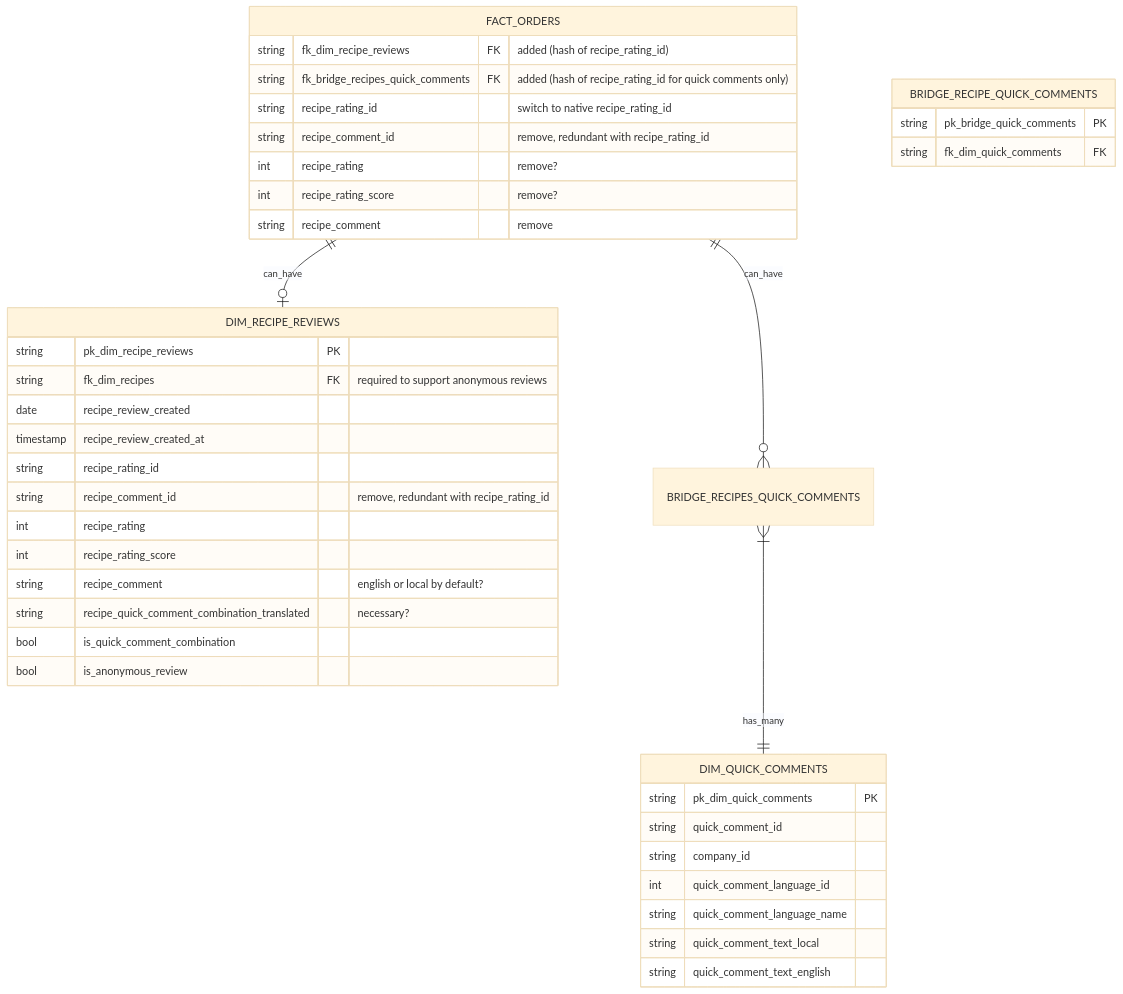
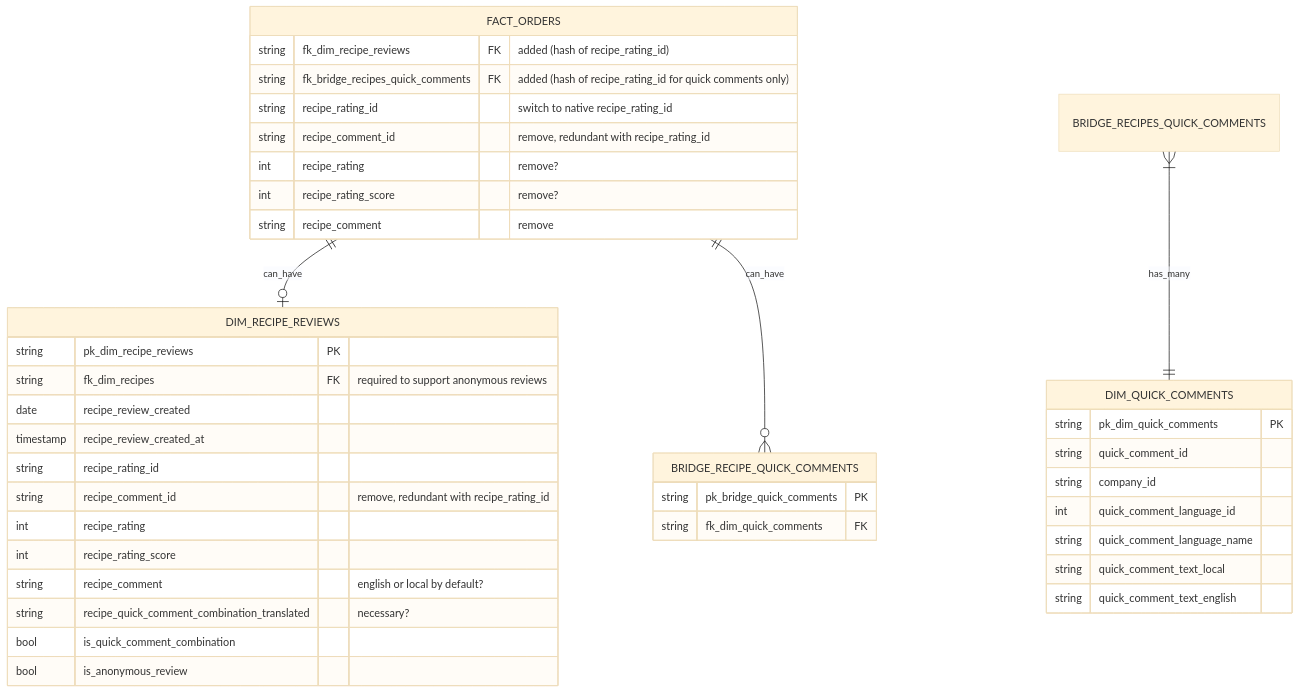
Before and after one commit to comegrant/misc_doc: the diagram in add_reviews_to_pbi.md, drawn with Mermaid (base theme).

````diff
--- a/add_reviews_to_pbi.md
+++ b/add_reviews_to_pbi.md
@@ -13,45 +13,45 @@
 ```mermaid
 erDiagram
 direction TB
 FACT_ORDERS ||--o| DIM_RECIPE_REVIEWS: can_have
-FACT_ORDERS ||--o{ BRIDGE_RECIPES_QUICK_COMMENTS: can_have
+FACT_ORDERS ||--o{ BRIDGE_RECIPE_QUICK_COMMENTS: can_have
 BRIDGE_RECIPES_QUICK_COMMENTS }|--|| DIM_QUICK_COMMENTS: has_many
 
 
 FACT_ORDERS {
     string fk_dim_recipe_reviews FK "added (hash of recipe_rating_id)"
     string fk_bridge_recipes_quick_comments FK "added (hash of recipe_rating_id for quick comments only)"
     string recipe_rating_id "switch to native recipe_rating_id"
     string recipe_comment_id "remove, redundant with recipe_rating_id"
     int recipe_rating "remove?"
     int recipe_rating_score "remove?"
     string recipe_comment "remove"
 }
 DIM_RECIPE_REVIEWS {
     string pk_dim_recipe_reviews PK
     string fk_dim_recipes FK "required to support anonymous reviews"
     date recipe_review_created
     timestamp recipe_review_created_at
     string recipe_rating_id
     string recipe_comment_id "remove, redundant with recipe_rating_id"
     int recipe_rating
     int recipe_rating_score
     string recipe_comment "english or local by default?"
     string recipe_quick_comment_combination_translated "necessary?"
     bool is_quick_comment_combination
     bool is_anonymous_review
 }
 BRIDGE_RECIPE_QUICK_COMMENTS {
     string pk_bridge_quick_comments PK
     string fk_dim_quick_comments FK
 }
 DIM_QUICK_COMMENTS {
     string pk_dim_quick_comments PK
     string quick_comment_id 
     string company_id
     int quick_comment_language_id
     string quick_comment_language_name
     string quick_comment_text_local
     string quick_comment_text_english
 }
 ```
````
